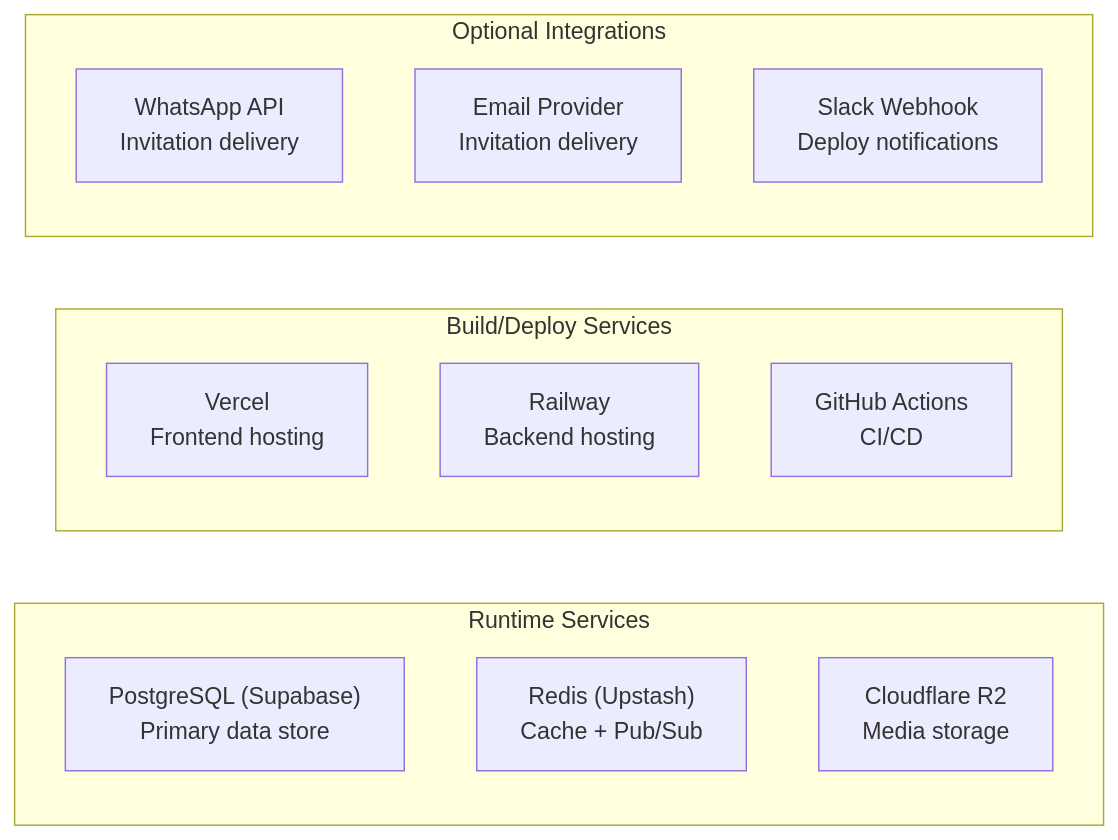
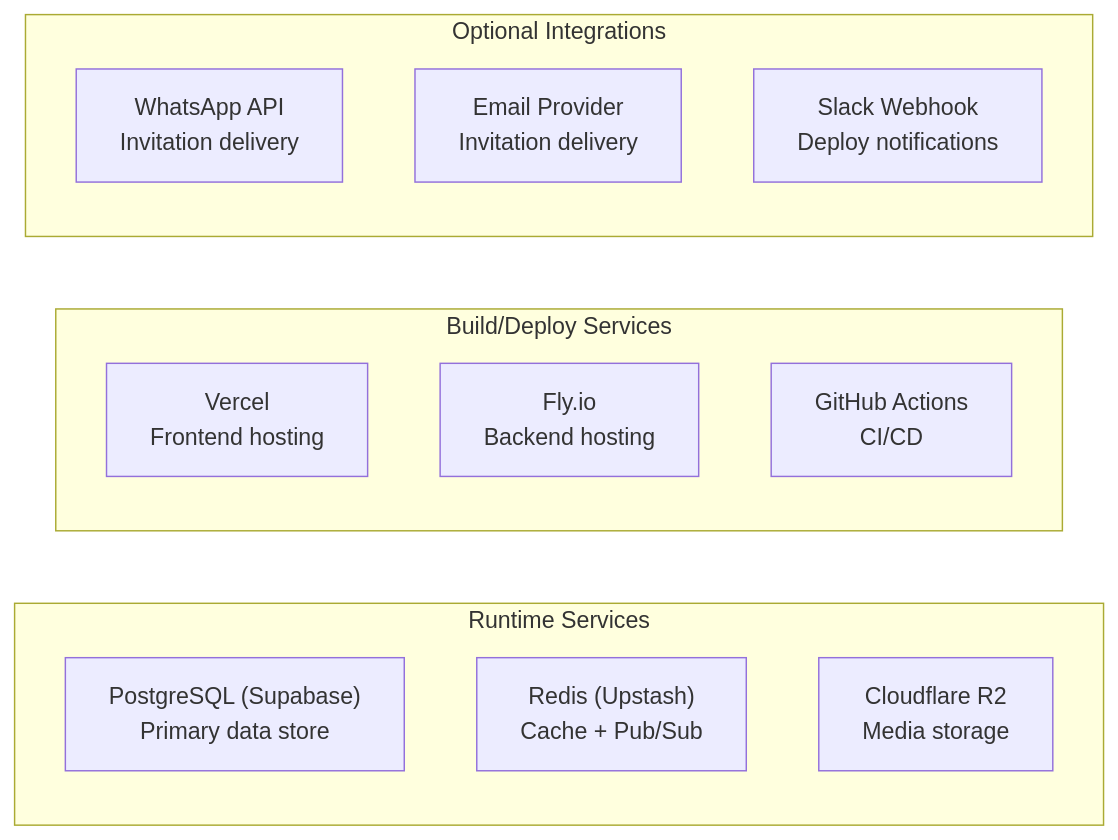
The second of 2 diagrams in .agents/summary/dependencies.md (maru-story/wedding-ecosystem), drawn with Mermaid before and after one commit. The commit also changed 12 other files, not shown here.

Commit message:
chore(deploy): migrate deploy workflows, configurations, and documentation from Railway to Fly.io

````diff
--- a/.agents/summary/dependencies.md
+++ b/.agents/summary/dependencies.md
@@ -124,20 +124,20 @@
 ```mermaid
 graph LR
     subgraph "Runtime Services"
         PG["PostgreSQL (Supabase)<br/>Primary data store"]
         Redis["Redis (Upstash)<br/>Cache + Pub/Sub"]
         R2["Cloudflare R2<br/>Media storage"]
     end
 
     subgraph "Build/Deploy Services"
         Vercel["Vercel<br/>Frontend hosting"]
-        Railway["Railway<br/>Backend hosting"]
+        FlyIO["Fly.io<br/>Backend hosting"]
         GH["GitHub Actions<br/>CI/CD"]
     end
 
     subgraph "Optional Integrations"
         WA["WhatsApp API<br/>Invitation delivery"]
         Email["Email Provider<br/>Invitation delivery"]
         Slack["Slack Webhook<br/>Deploy notifications"]
     end
 ```
````
